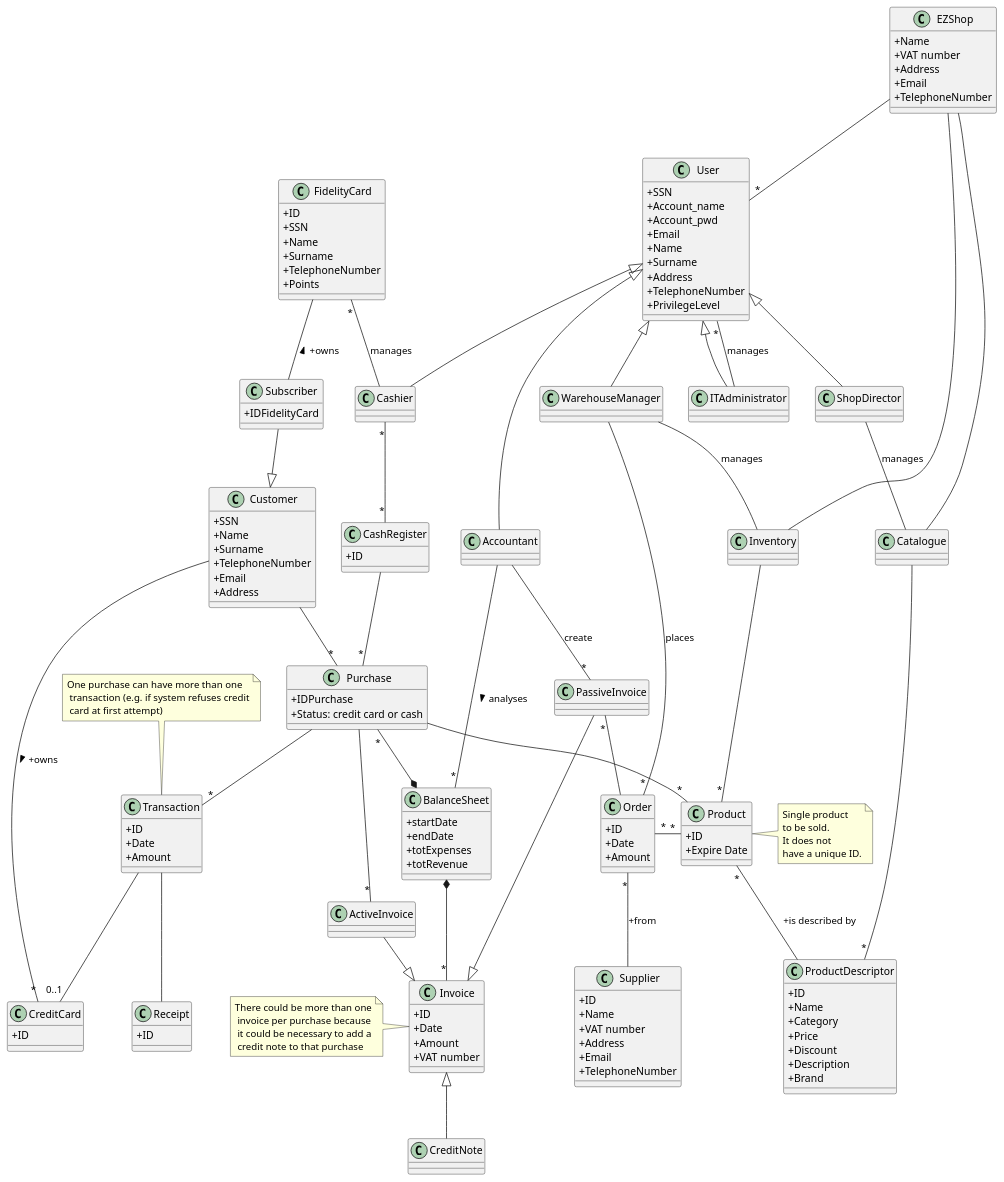
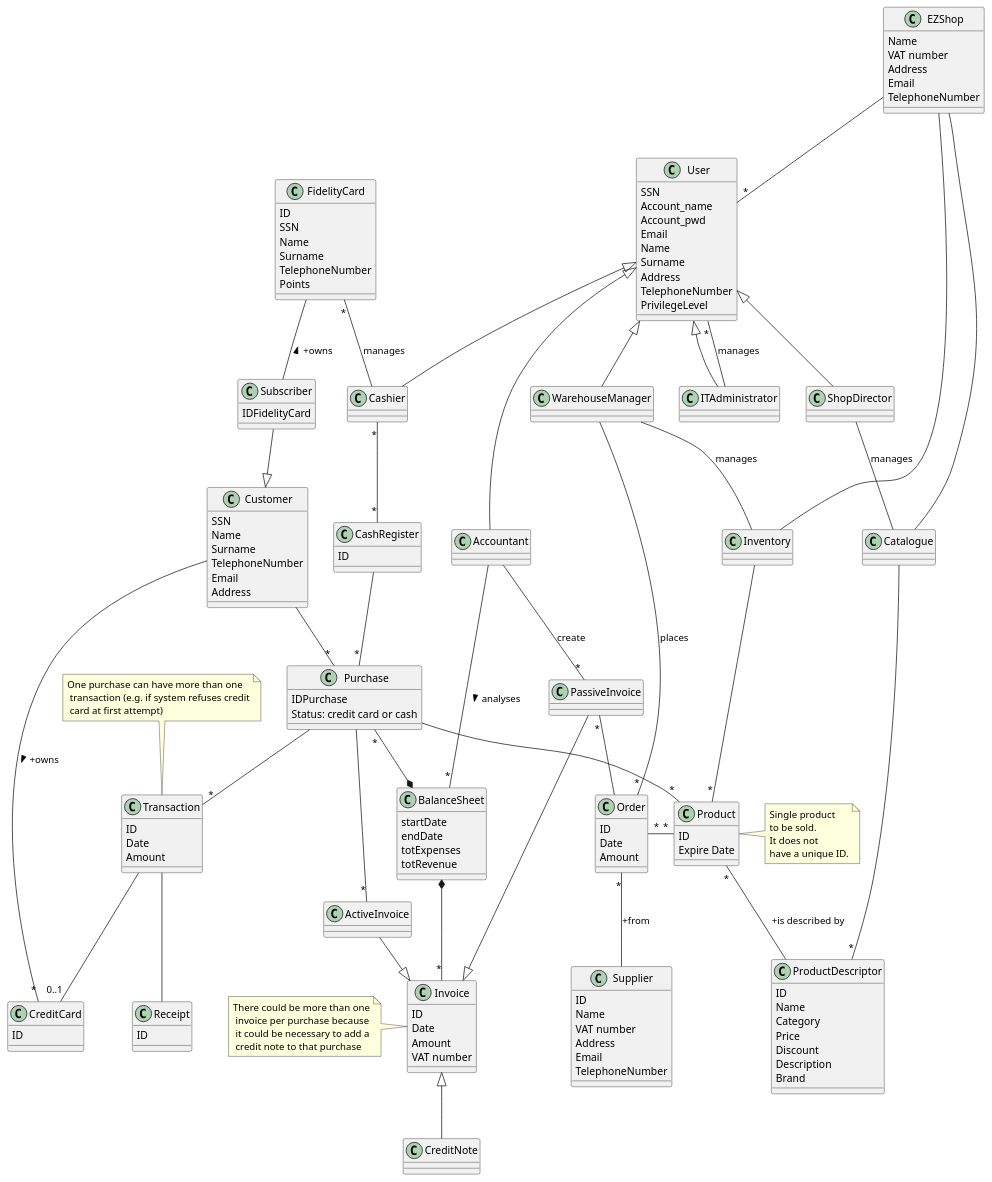
One commit to Stormz4/group20-EzShop changed the tenth of 11 diagrams in Deliverables/RequirementsDocument.md. Above: the diagram before and after it, drawn with PlantUML. The commit also changed other lines of this file and 1 other file, not shown here.

Commit message:
Doc: Modified use case diagrams and matched the FRs with the use cases

```diff
--- a/Deliverables/RequirementsDocument.md
+++ b/Deliverables/RequirementsDocument.md
@@ -849,105 +675,105 @@
 skinparam classAttributeIconSize 0
 
 class EZShop {
- +Name
- +VAT number
- +Address
- +Email
- +TelephoneNumber
+ Name
+ VAT number
+ Address
+ Email
+ TelephoneNumber
 }
 
 class User {
- +SSN
- +Account_name
- +Account_pwd
- +Email
- +Name
- +Surname
- +Address
- +TelephoneNumber
- +PrivilegeLevel
+ SSN
+ Account_name
+ Account_pwd
+ Email
+ Name
+ Surname
+ Address
+ TelephoneNumber
+ PrivilegeLevel
 }
 
 
 class Customer {
- +SSN
- +Name
- +Surname
- +TelephoneNumber
- +Email
- +Address
+ SSN
+ Name
+ Surname
+ TelephoneNumber
+ Email
+ Address
 }
 class Subscriber {
- +IDFidelityCard
+ IDFidelityCard
 }
 class FidelityCard{
- +ID
- +SSN
- +Name
- +Surname
- +TelephoneNumber
- +Points
+ ID
+ SSN
+ Name
+ Surname
+ TelephoneNumber
+ Points
 }
 class Purchase {
- +IDPurchase
- +Status: credit card or cash
+ IDPurchase
+ Status: credit card or cash
 }
 class Product {
- +ID
- +Expire Date
+ ID
+ Expire Date
 }
 class ProductDescriptor {
- +ID
- +Name
- +Category
- +Price
- +Discount
- +Description
- +Brand
+ ID
+ Name
+ Category
+ Price
+ Discount
+ Description
+ Brand
 }
 class Purchase {
  
 }
 class Transaction {
- +ID
- +Date
- +Amount
+ ID
+ Date
+ Amount
 }
 class Order{
- +ID
- +Date
- +Amount
+ ID
+ Date
+ Amount
 }
 class Supplier{
- +ID
- +Name
- +VAT number
- +Address
- +Email
- +TelephoneNumber
+ ID
+ Name
+ VAT number
+ Address
+ Email
+ TelephoneNumber
 }
 class Invoice {
- +ID
- +Date
- +Amount
- +VAT number 
+ ID
+ Date
+ Amount
+ VAT number 
 }
 class BalanceSheet{
-+startDate
-+endDate
-+totExpenses
-+totRevenue
+startDate
+endDate
+totExpenses
+totRevenue
 }
 class CashRegister{
- +ID
+ ID
 }
 
 class CreditCard{
- +ID
+ ID
 }
 
 class Receipt{
- +ID
+ ID
 }
 
 class ITAdministrator
```
